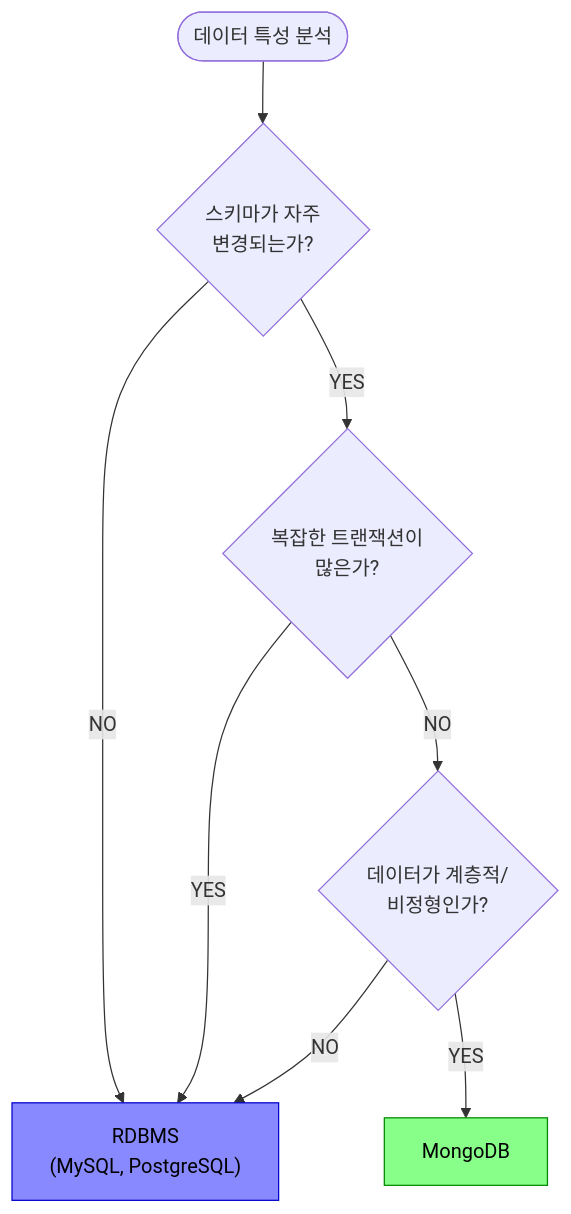
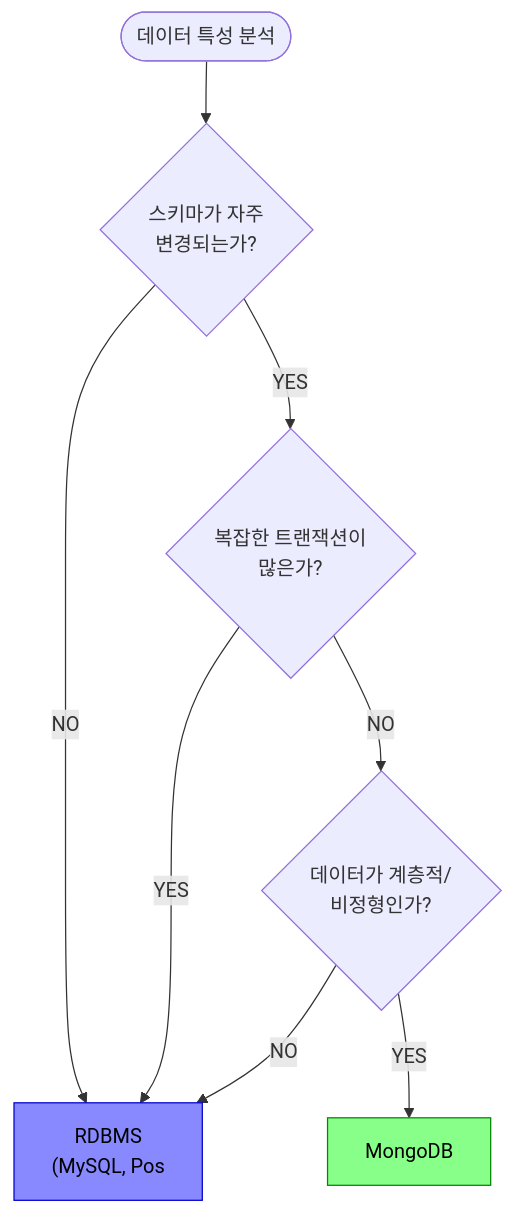
Before and after one commit to yjkim2015/yjkim2015.github.io: the seventh of 7 diagrams in _posts/nosql/2026-05-02-mongodb-deep.md, drawn with Mermaid. The commit also changed other lines of this file and 271 other files, not shown here.

First line of the commit message:
Mermaid 라벨 축소: 긴 노드 텍스트 18자 이하로 트림 + \n 제거

````diff
--- a/_posts/nosql/2026-05-02-mongodb-deep.md
+++ b/_posts/nosql/2026-05-02-mongodb-deep.md
@@ -390,12 +390,12 @@
 ```mermaid
 graph TD
     Start(["데이터 특성 분석"]) --> Q1{"스키마가 자주\n변경되는가?"}
     Q1 -->|"YES"| Q2{"복잡한 트랜잭션이\n많은가?"}
-    Q1 -->|"NO"| RDBMS["RDBMS\n(MySQL, PostgreSQL)"]
+    Q1 -->|"NO"| RDBMS["RDBMS\n(MySQL, Pos"]
     Q2 -->|"YES"| RDBMS
     Q2 -->|"NO"| Q3{"데이터가 계층적/\n비정형인가?"}
     Q3 -->|"YES"| MongoDB["MongoDB"]
     Q3 -->|"NO"| RDBMS
     style MongoDB fill:#8f8,stroke:#080,color:#000
     style RDBMS fill:#88f,stroke:#00c,color:#000
 ```
````
